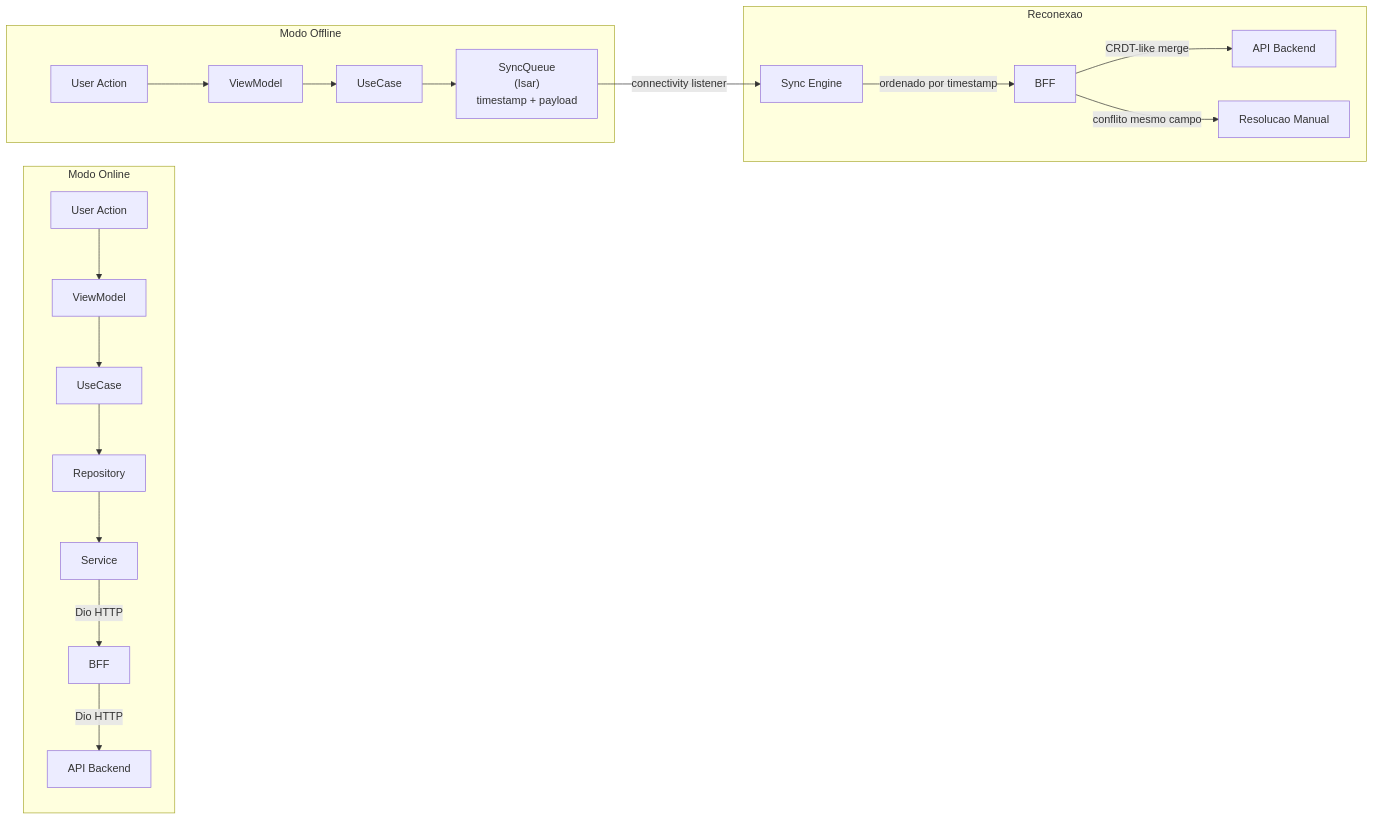
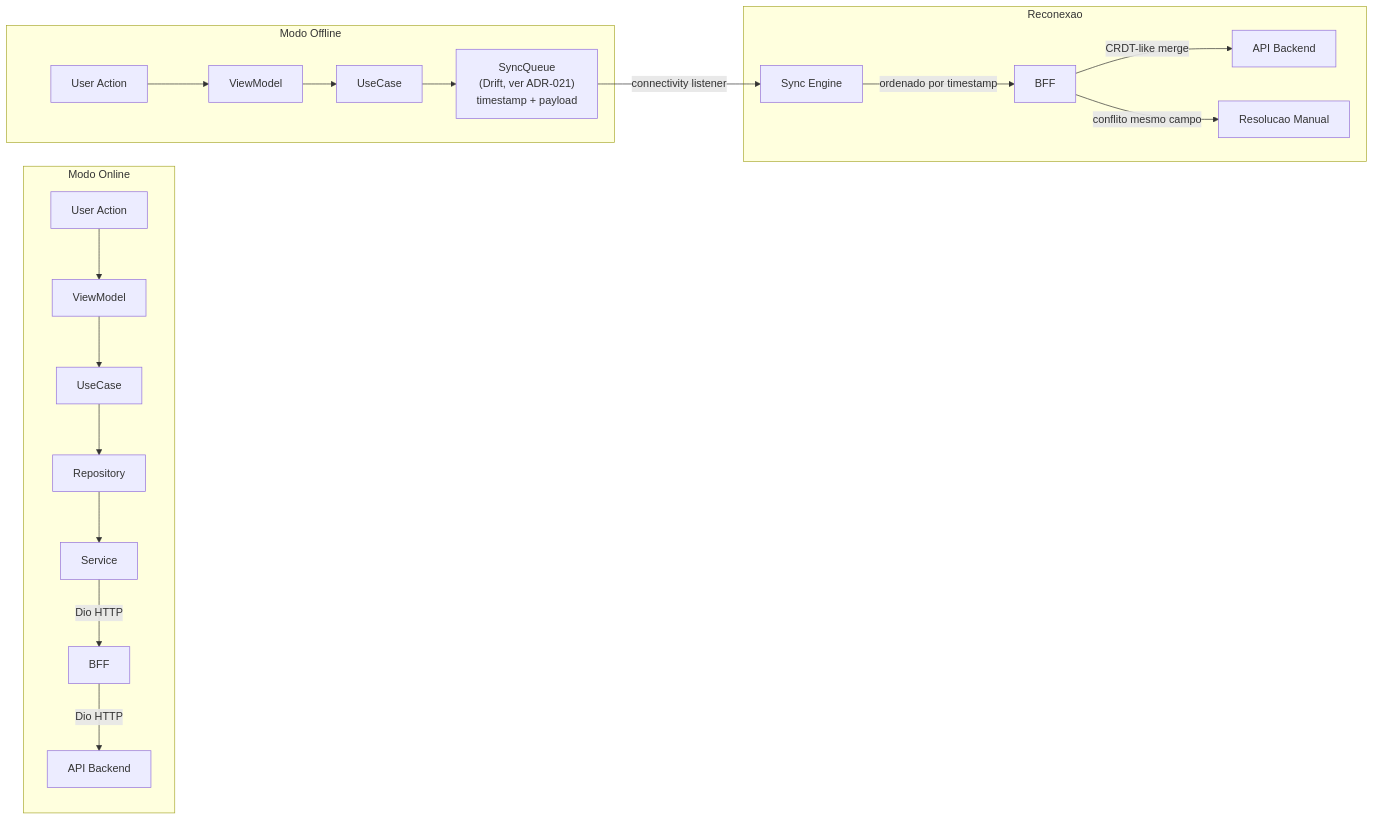
The fifth of 8 diagrams in handbook/architecture/DIAGRAMS.md (acdgbrasil/app-acdg-system), drawn with Mermaid before and after one commit. The commit also changed 3 other files, not shown here.

````diff
--- a/handbook/architecture/DIAGRAMS.md
+++ b/handbook/architecture/DIAGRAMS.md
@@ -133,24 +133,24 @@
 ```mermaid
 flowchart LR
     subgraph Online["Modo Online"]
         Action1["User Action"] --> VM1["ViewModel"]
         VM1 --> UC1["UseCase"]
         UC1 --> Repo1["Repository"]
         Repo1 --> Svc1["Service"]
         Svc1 -->|Dio HTTP| BFF1["BFF"]
         BFF1 -->|Dio HTTP| API1["API Backend"]
     end
 
     subgraph Offline["Modo Offline"]
         Action2["User Action"] --> VM2["ViewModel"]
         VM2 --> UC2["UseCase"]
-        UC2 --> Queue["SyncQueue\n(Isar)\ntimestamp + payload"]
+        UC2 --> Queue["SyncQueue\n(Drift, ver ADR-021)\ntimestamp + payload"]
     end
 
     subgraph Sync["Reconexao"]
         Queue -->|connectivity listener| SyncEngine["Sync Engine"]
         SyncEngine -->|ordenado por timestamp| BFF2["BFF"]
         BFF2 -->|CRDT-like merge| API2["API Backend"]
         BFF2 -->|conflito mesmo campo| Manual["Resolucao Manual"]
     end
 ```
````
